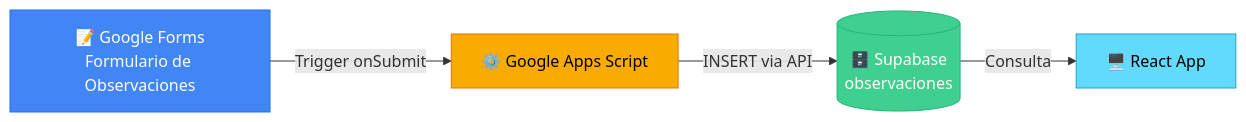
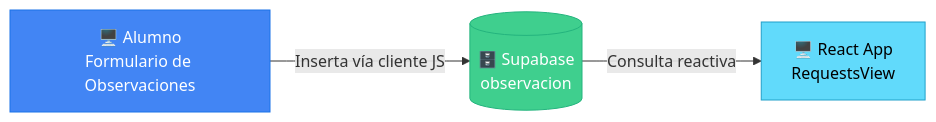
One commit to martinforger/academic-ticket-management changed the tenth of 10 diagrams in README.md. Above: the diagram before and after it, drawn with Mermaid. The commit also changed other lines of this file, not shown here.

````diff
--- a/README.md
+++ b/README.md
@@ -571,11 +670,9 @@
 ```mermaid
 flowchart LR
-    A[📝 Google Forms<br/>Formulario de Observaciones] -->|Trigger onSubmit| B[⚙️ Google Apps Script]
-    B -->|INSERT via API| C[(🗄️ Supabase<br/>observaciones)]
-    C -->|Consulta| D[🖥️ React App]
+    A[🖥️ Alumno<br/>Formulario de Observaciones] -->|Inserta vía cliente JS| B[(🗄️ Supabase<br/>observacion)]
+    B -->|Consulta reactiva| C[🖥️ React App<br/>RequestsView]
 
     style A fill:#4285f4,stroke:#1a73e8,color:#fff
-    style B fill:#f9ab00,stroke:#e37400,color:#000
-    style C fill:#3fcf8e,stroke:#24b47e,color:#fff
-    style D fill:#61dafb,stroke:#21a0c9,color:#000
+    style B fill:#3fcf8e,stroke:#24b47e,color:#fff
+    style C fill:#61dafb,stroke:#21a0c9,color:#000
 ```
````
